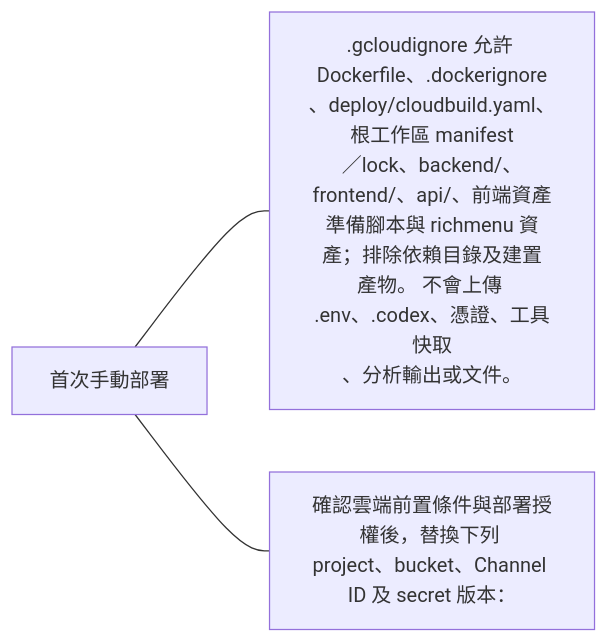
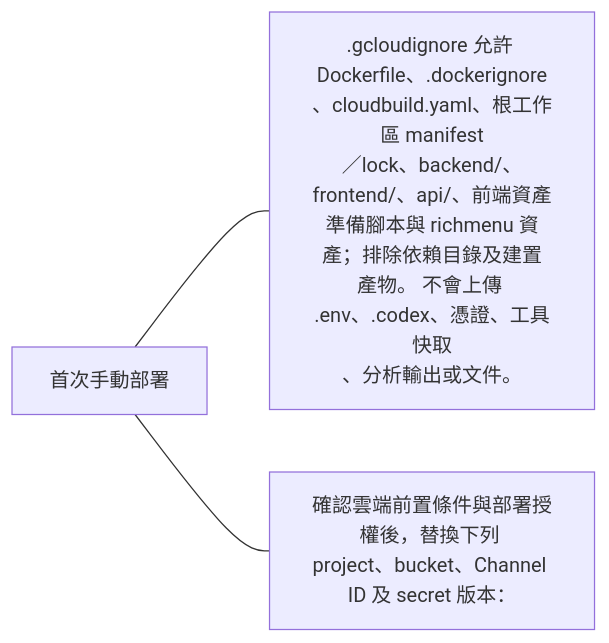
Before and after one commit to 963sup/line-mini-app-bot: diagram 12 of 19 in docs/operations/cloud-run.md, drawn with Mermaid. The commit also changed other lines of this file and 22 other files, not shown here.

````diff
--- a/docs/operations/cloud-run.md
+++ b/docs/operations/cloud-run.md
@@ -141,6 +147,6 @@
 ```mermaid
 flowchart LR
   h["首次手動部署"]
-  h --- n0[".gcloudignore 允許 Dockerfile、.dockerignore<br/>、deploy/cloudbuild.yaml、根工作區 manifest<br/>／lock、backend/、frontend/、api/、前端資產<br/>準備腳本與 richmenu 資產；排除依賴目錄及建置<br/>產物。 不會上傳 .env、.codex、憑證、工具快取<br/>、分析輸出或文件。"]
+  h --- n0[".gcloudignore 允許 Dockerfile、.dockerignore<br/>、cloudbuild.yaml、根工作區 manifest<br/>／lock、backend/、frontend/、api/、前端資產<br/>準備腳本與 richmenu 資產；排除依賴目錄及建置<br/>產物。 不會上傳 .env、.codex、憑證、工具快取<br/>、分析輸出或文件。"]
   h --- n1["確認雲端前置條件與部署授權後，替換下列 <br/>project、bucket、Channel ID 及 secret 版本："]
 ```
````
